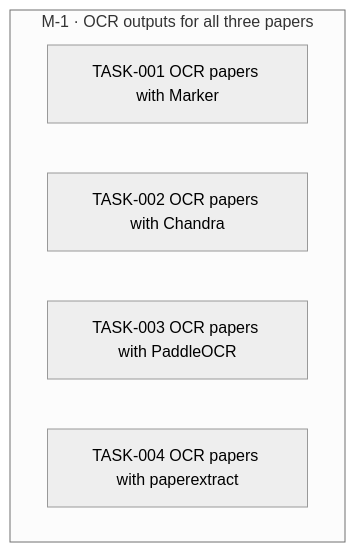
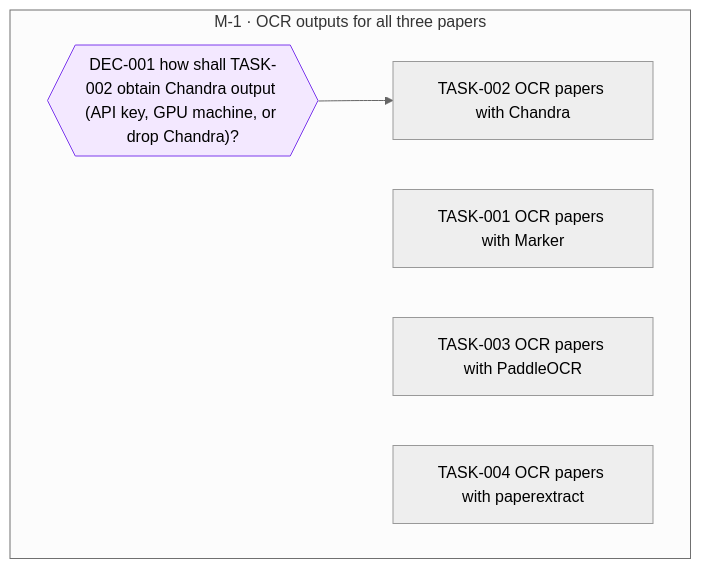
One commit to jesusvillota/replicate changed the diagram in goals/ocr-papers/README.md. Above: the diagram before and after it, drawn with Mermaid (neutral theme). The commit also changed 3 other files, not shown here.

Commit message:
goal(ocr-papers): request DEC-001 from TASK-002

````diff
--- a/goals/ocr-papers/README.md
+++ b/goals/ocr-papers/README.md
@@ -19,12 +19,15 @@
 ```mermaid
 flowchart TD
   subgraph M_1["M-1 · OCR outputs for all three papers"]
+    DEC_001{{"DEC-001 how shall TASK-002 obtain Chandra output (API key, GPU machine, or drop Chandra)?"}}
     TASK_001["TASK-001 OCR papers with Marker"]
     TASK_002["TASK-002 OCR papers with Chandra"]
     TASK_003["TASK-003 OCR papers with PaddleOCR"]
     TASK_004["TASK-004 OCR papers with paperextract"]
   end
+  DEC_001 --> TASK_002
   classDef draft stroke-dasharray: 4 3
   classDef cancelled opacity:0.45
   classDef decision fill:#f3e8ff,stroke:#7c3aed
+  class DEC_001 decision
 ```
````
